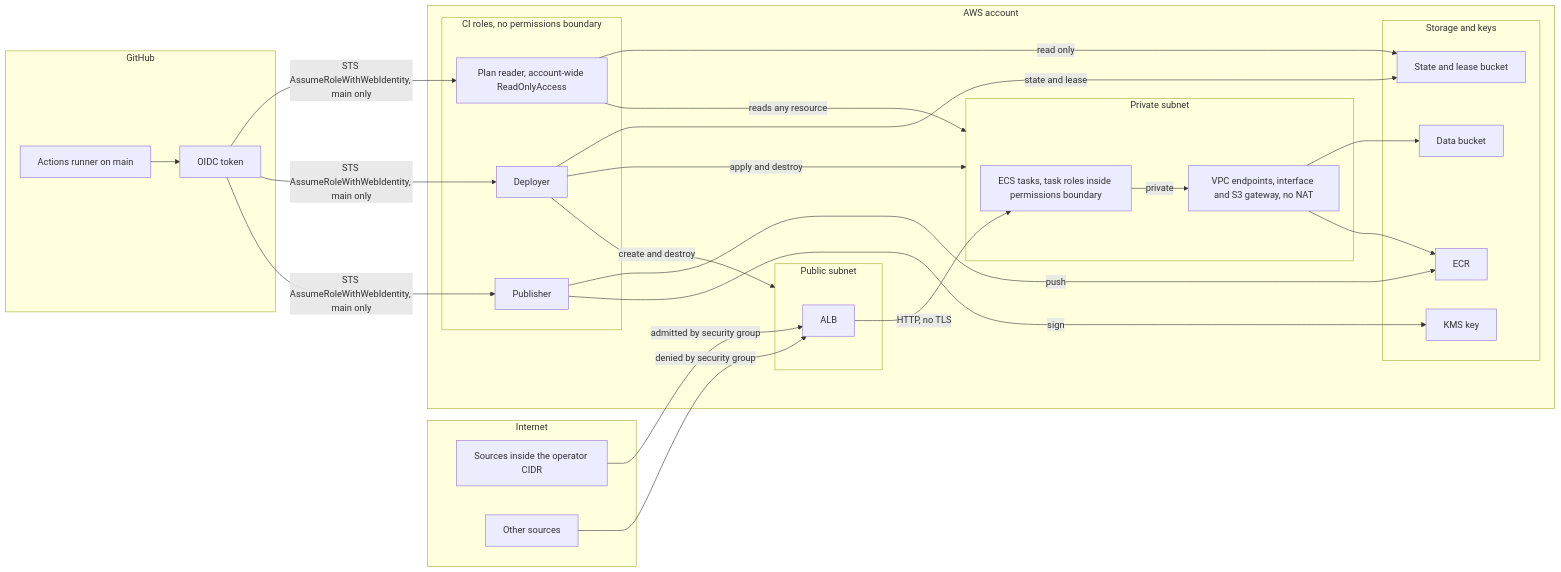
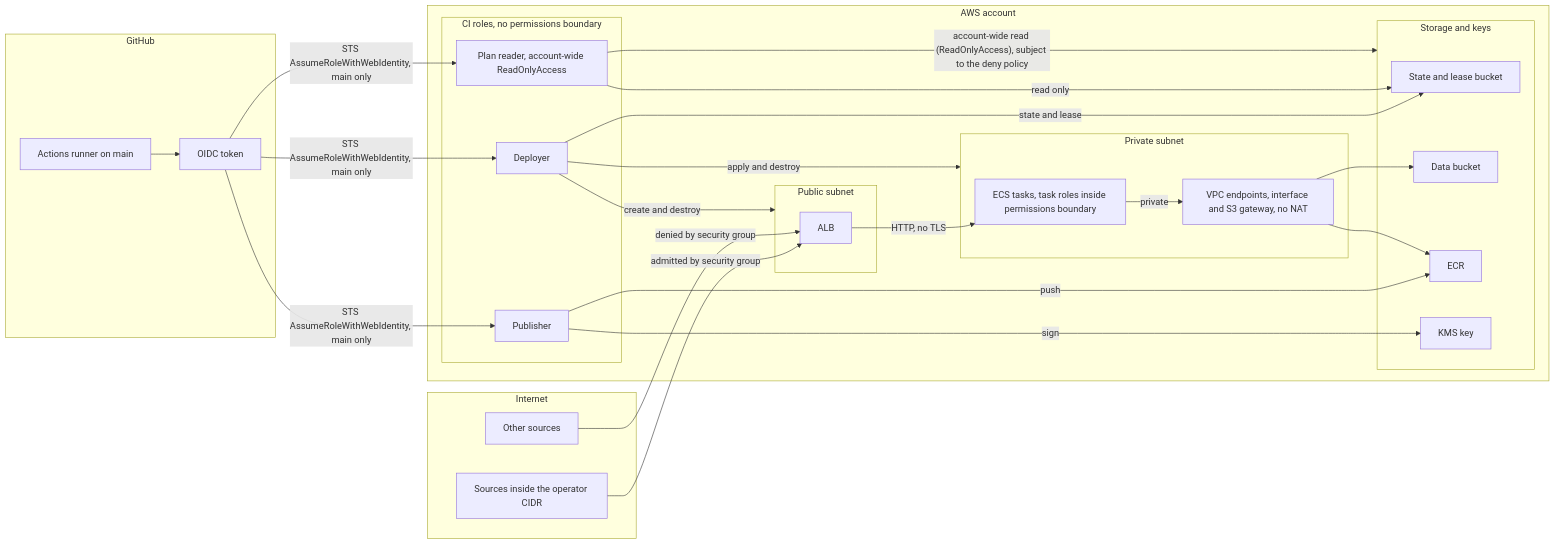
The diagram in docs/THREAT_MODEL.md (FunnyValentine69/orbit-infra), drawn with Mermaid before and after one commit. The commit also changed other lines of this file and 2 other files, not shown here.

Commit message:
fix: Tier 3 follow-ups — SBOM idempotency guard compares package inventories so a syft upgrade re-attests; ADR 0007 scopes the no-identifier guarantee to the provenance predicates and records that the SPDX predicate can carry private image references; plan-reader diagram edge targets the storage read surface, account-wide subject to the deny policy

````diff
--- a/docs/THREAT_MODEL.md
+++ b/docs/THREAT_MODEL.md
@@ -17,48 +17,48 @@
 ```mermaid
 flowchart LR
   subgraph internet["Internet"]
     inside["Sources inside the operator CIDR"]
     outside["Other sources"]
   end
   subgraph github["GitHub"]
     runner["Actions runner on main"]
     token["OIDC token"]
   end
   subgraph aws["AWS account"]
     subgraph roles["CI roles, no permissions boundary"]
       plan["Plan reader, account-wide ReadOnlyAccess"]
       deployer["Deployer"]
       publisher["Publisher"]
     end
     subgraph public["Public subnet"]
       alb["ALB"]
     end
     subgraph private["Private subnet"]
       ecs["ECS tasks, task roles inside permissions boundary"]
       endpoints["VPC endpoints, interface and S3 gateway, no NAT"]
     end
     subgraph storage["Storage and keys"]
       state["State and lease bucket"]
       data["Data bucket"]
       ecr["ECR"]
       kms["KMS key"]
     end
   end
   inside -->|"admitted by security group"| alb
   outside -->|"denied by security group"| alb
   runner --> token
   token -->|"STS AssumeRoleWithWebIdentity, main only"| plan
   token -->|"STS AssumeRoleWithWebIdentity, main only"| deployer
   token -->|"STS AssumeRoleWithWebIdentity, main only"| publisher
   deployer -->|"apply and destroy"| private
   deployer -->|"create and destroy"| public
   deployer -->|"state and lease"| state
   publisher -->|"push"| ecr
   publisher -->|"sign"| kms
   plan -->|"read only"| state
-  plan -->|"reads any resource"| private
+  plan -->|"account-wide read (ReadOnlyAccess), subject to the deny policy"| storage
   alb -->|"HTTP, no TLS"| ecs
   ecs -->|"private"| endpoints
   endpoints --> data
   endpoints --> ecr
 ```
````
